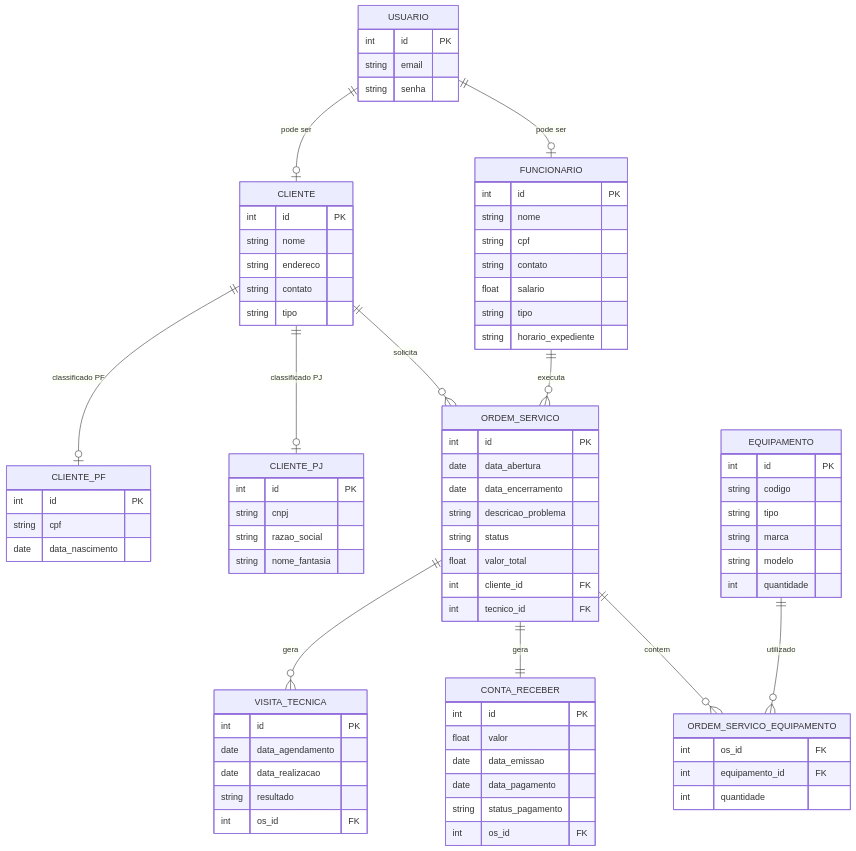
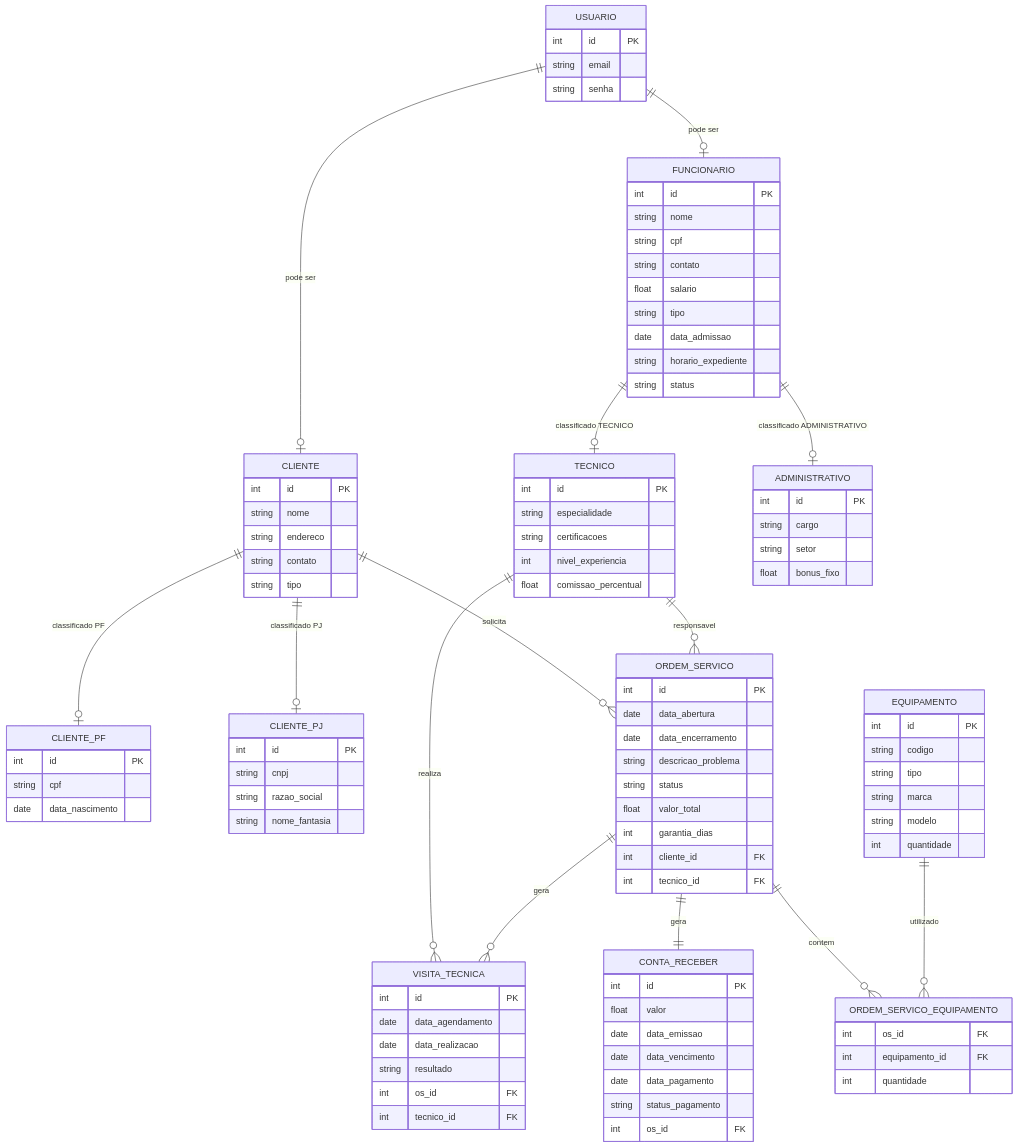
The diagram in docs/doc-visao.md (araujodemedeirosmariana-jpg/assist-ncia-tecnica), drawn with Mermaid before and after one commit. The commit also changed other lines of this file and 2 other files, not shown here.

Commit message:
docs: corrige inconsistências no doc_userstory e adiciona melhorias
- doc_userstory: corrige inconsistências ortográficas
- doc_visao: adiciona entidade 'Realizar Login' e requisitos funcionais em 'Pagar Conta'
- doc_modelo: adiciona atributos faltantes nas classes Equipamento e ContaReceber

```diff
--- a/docs/doc-visao.md
+++ b/docs/doc-visao.md
@@ -161,7 +175,24 @@
         string contato
         float salario
         string tipo
+        date data_admissao
         string horario_expediente
+        string status
+    }
+    
+    TECNICO {
+        int id PK
+        string especialidade
+        string certificacoes
+        int nivel_experiencia
+        float comissao_percentual
+    }
+    
+    ADMINISTRATIVO {
+        int id PK
+        string cargo
+        string setor
+        float bonus_fixo
     }
     
     ORDEM_SERVICO {
@@ -171,6 +202,7 @@
         string descricao_problema
         string status
         float valor_total
+        int garantia_dias
         int cliente_id FK
         int tecnico_id FK
     }
@@ -190,12 +222,14 @@
         date data_realizacao
         string resultado
         int os_id FK
+        int tecnico_id FK
     }
     
     CONTA_RECEBER {
         int id PK
         float valor
         date data_emissao
+        date data_vencimento
         date data_pagamento
         string status_pagamento
         int os_id FK
@@ -211,8 +245,11 @@
     USUARIO ||--o| FUNCIONARIO : "pode ser"
     CLIENTE ||--o| CLIENTE_PF : "classificado PF"
     CLIENTE ||--o| CLIENTE_PJ : "classificado PJ"
+    FUNCIONARIO ||--o| TECNICO : "classificado TECNICO"
+    FUNCIONARIO ||--o| ADMINISTRATIVO : "classificado ADMINISTRATIVO"
     CLIENTE ||--o{ ORDEM_SERVICO : "solicita"
-    FUNCIONARIO ||--o{ ORDEM_SERVICO : "executa"
+    TECNICO ||--o{ ORDEM_SERVICO : "responsavel"
+    TECNICO ||--o{ VISITA_TECNICA : "realiza"
     ORDEM_SERVICO ||--o{ VISITA_TECNICA : "gera"
     ORDEM_SERVICO ||--|| CONTA_RECEBER : "gera"
     ORDEM_SERVICO ||--o{ ORDEM_SERVICO_EQUIPAMENTO : "contem"
```
